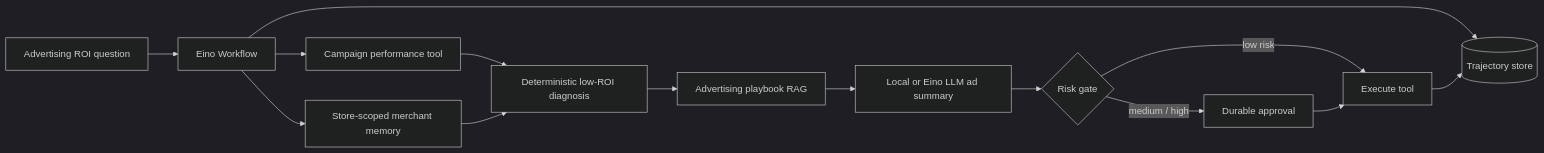
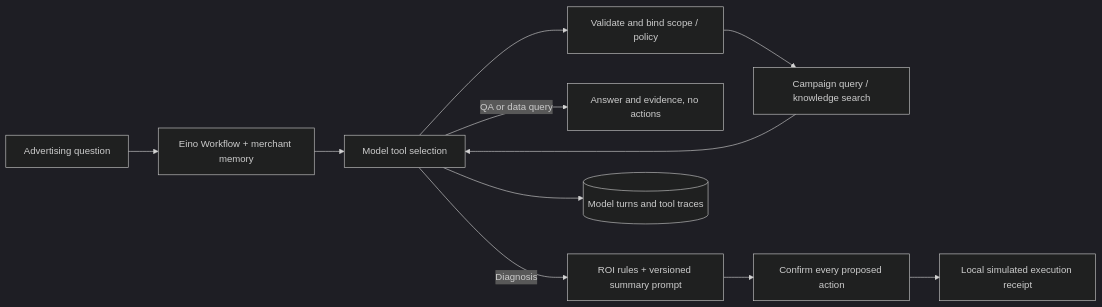
One commit to inv1sion/EvoOps changed the second of 2 diagrams in README.en.md. Above: the diagram before and after it, drawn with Mermaid (dark theme). The commit also changed other lines of this file and 22 other files, not shown here.

Commit message:
feat: add bounded model-driven tool calling

````diff
--- a/README.en.md
+++ b/README.en.md
@@ -96,16 +99,13 @@
 ```mermaid
 flowchart LR
-    Q[Advertising ROI question] --> W[Eino Workflow]
-    W --> C[Campaign performance tool]
-    W --> L[Store-scoped merchant memory]
-    C --> D[Deterministic low-ROI diagnosis]
-    L --> D
-    D --> R[Advertising playbook RAG]
-    R --> S[Local or Eino LLM ad summary]
-    S --> G{Risk gate}
-    G -->|low risk| X[Execute tool]
-    G -->|medium / high| H[Durable approval]
-    H --> X
-    W --> T[(Trajectory store)]
-    X --> T
+    Q[Advertising question] --> W[Eino Workflow + merchant memory]
+    W --> M[Model tool selection]
+    M --> V[Validate and bind scope / policy]
+    V --> R[Campaign query / knowledge search]
+    R --> M
+    M -->|QA or data query| A[Answer and evidence, no actions]
+    M -->|Diagnosis| D[ROI rules + versioned summary prompt]
+    D --> H[Confirm every proposed action]
+    H --> X[Local simulated execution receipt]
+    M --> T[(Model turns and tool traces)]
 ```
````
